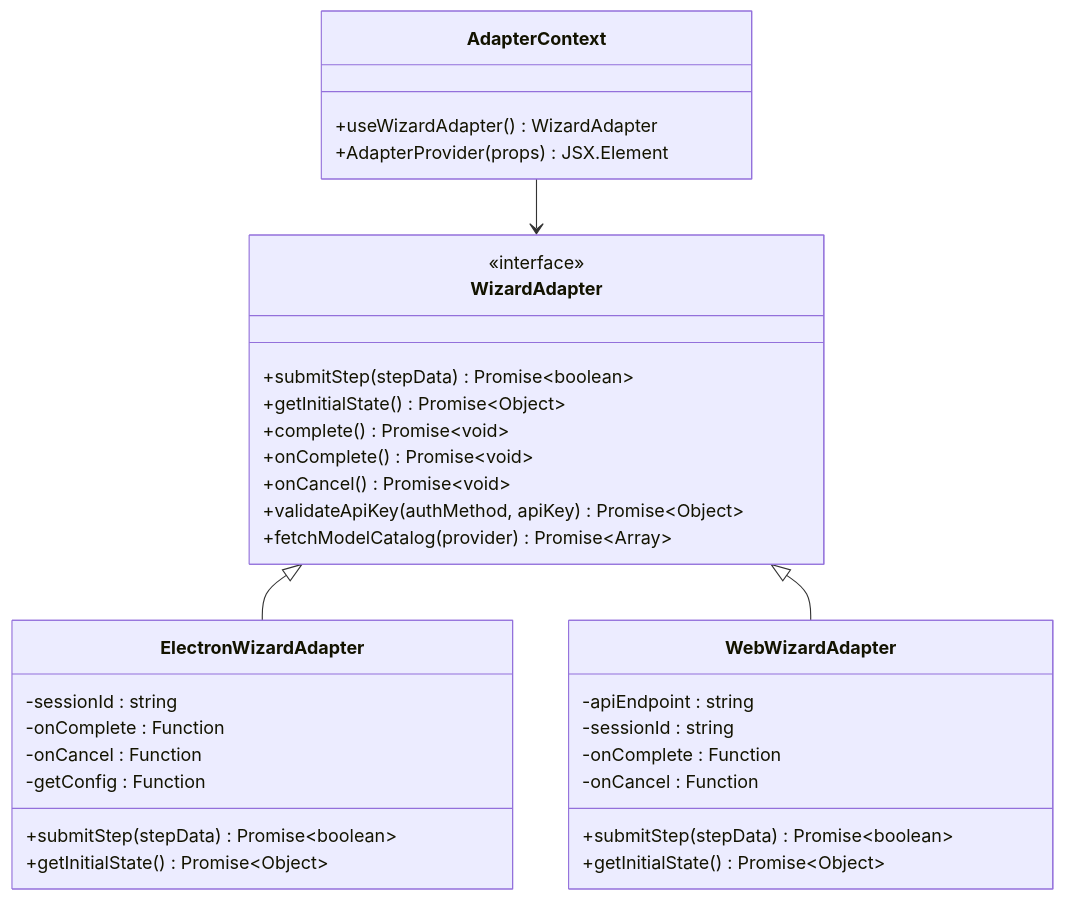
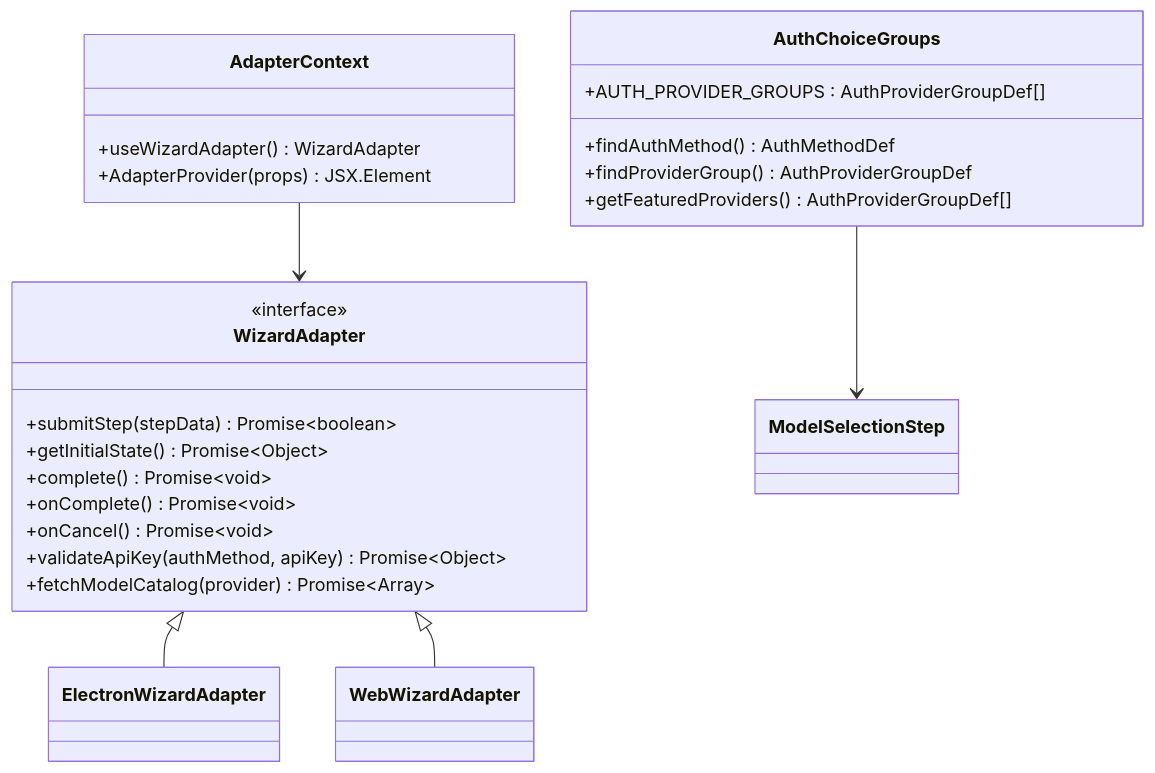
The fifth of 8 diagrams in .qoder/repowiki/zh/content/开发者指南/设置向导系统.md (verse-ai-org/openclaw), drawn with Mermaid before and after one commit. The commit also changed other lines of this file and 34 other files, not shown here.

````diff
--- a/.qoder/repowiki/zh/content/开发者指南/设置向导系统.md
+++ b/.qoder/repowiki/zh/content/开发者指南/设置向导系统.md
@@ -267,36 +260,27 @@
 ```mermaid
 classDiagram
 class WizardAdapter {
 <<interface>>
 +submitStep(stepData) Promise~boolean~
 +getInitialState() Promise~Object~
 +complete() Promise~void~
 +onComplete() Promise~void~
 +onCancel() Promise~void~
 +validateApiKey(authMethod, apiKey) Promise~Object~
 +fetchModelCatalog(provider) Promise~Array~
 }
-class ElectronWizardAdapter {
--sessionId : string
--onComplete : Function
--onCancel : Function
--getConfig : Function
-+submitStep(stepData) Promise~boolean~
-+getInitialState() Promise~Object~
-}
-class WebWizardAdapter {
--apiEndpoint : string
--sessionId : string
--onComplete : Function
--onCancel : Function
-+submitStep(stepData) Promise~boolean~
-+getInitialState() Promise~Object~
-}
 class AdapterContext {
 +useWizardAdapter() WizardAdapter
 +AdapterProvider(props) JSX.Element
 }
+class AuthChoiceGroups {
++AUTH_PROVIDER_GROUPS : AuthProviderGroupDef[]
++findAuthMethod() AuthMethodDef
++findProviderGroup() AuthProviderGroupDef
++getFeaturedProviders() AuthProviderGroupDef[]
+}
 WizardAdapter <|-- ElectronWizardAdapter
 WizardAdapter <|-- WebWizardAdapter
 AdapterContext --> WizardAdapter
+AuthChoiceGroups --> ModelSelectionStep
 ```
````
